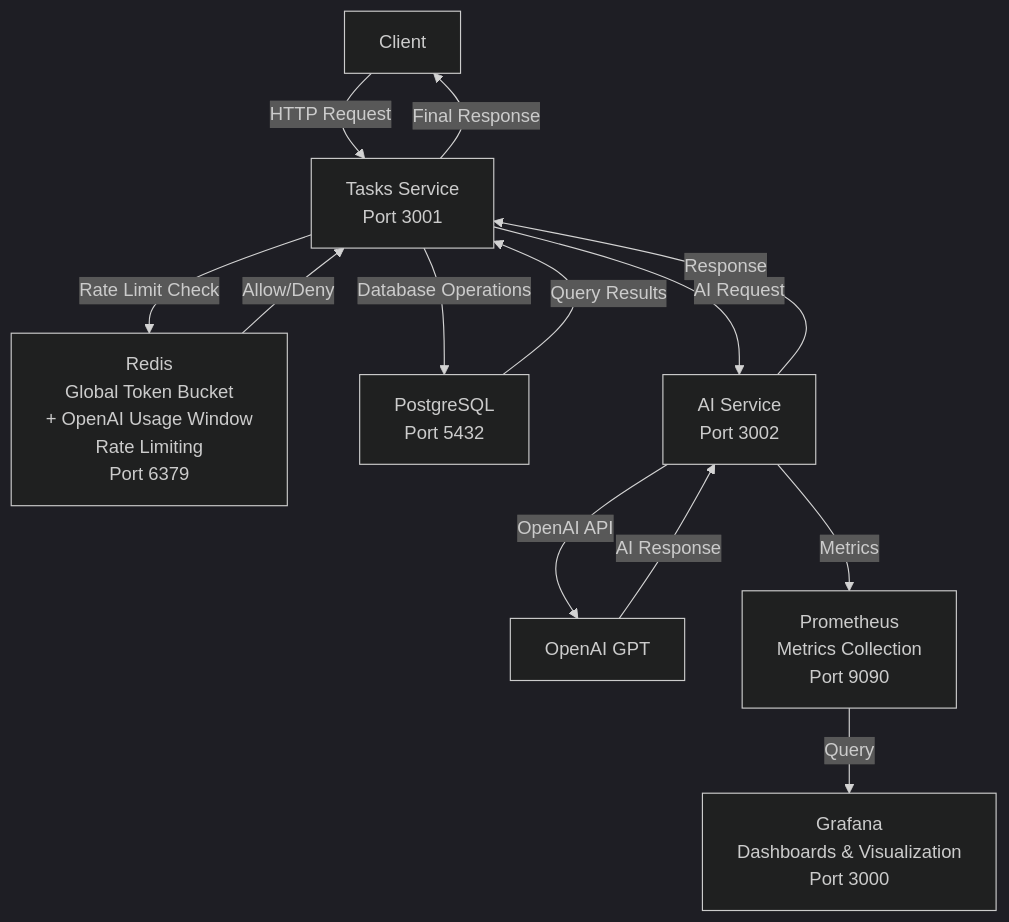
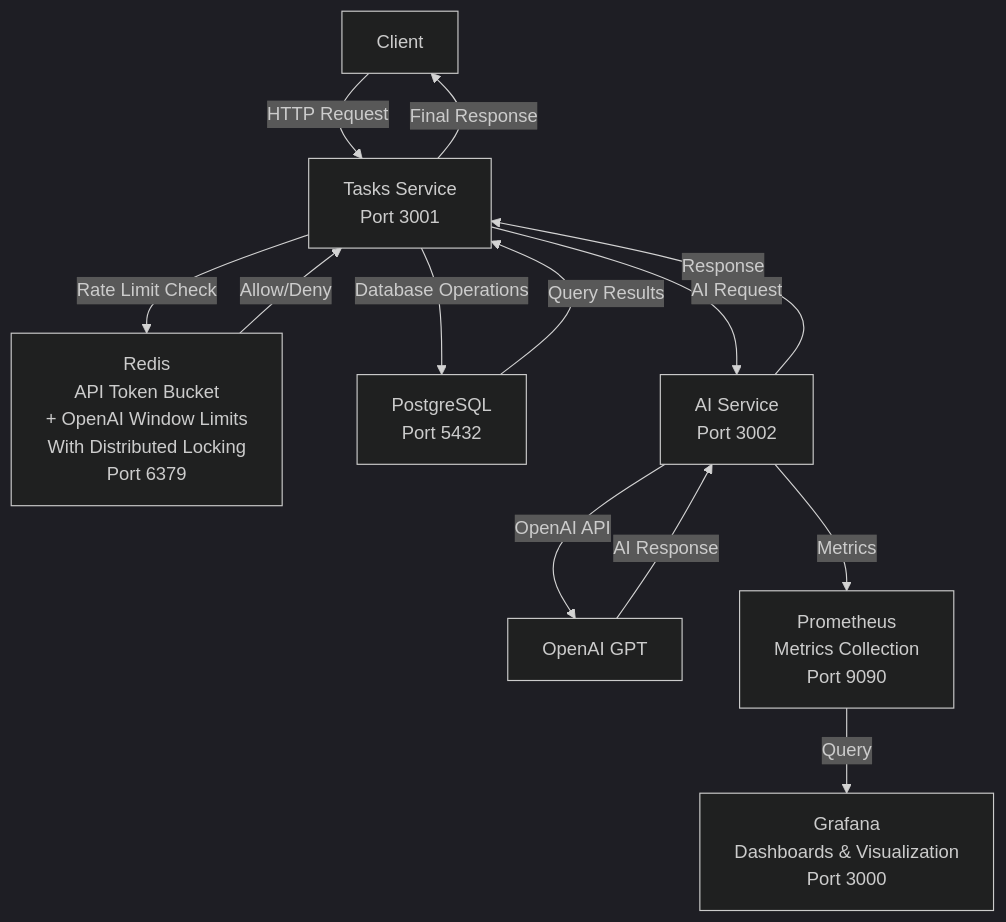
One commit to itayg43/ai-task-assistant changed the first of 2 diagrams in README.md. Above: the diagram before and after it, drawn with Mermaid (dark theme). The commit also changed other lines of this file and 38 other files, not shown here.

````diff
--- a/README.md
+++ b/README.md
@@ -9,20 +9,20 @@
 ```mermaid
 graph TB
     Client[Client] -->|HTTP Request| Tasks[Tasks Service<br/>Port 3001]
 
-    Tasks -->|Rate Limit Check| Redis[Redis<br/>Global Token Bucket<br/>+ OpenAI Usage Window<br/>Rate Limiting<br/>Port 6379]
+    Tasks -->|Rate Limit Check | Redis[Redis<br/>API Token Bucket<br/>+ OpenAI Window Limits<br/>With Distributed Locking<br/>Port 6379]
     Redis -->|Allow/Deny| Tasks
 
     Tasks -->|Database Operations| Postgres[PostgreSQL<br/>Port 5432]
     Postgres -->|Query Results| Tasks
 
     Tasks -->|AI Request| AI[AI Service<br/>Port 3002]
     AI -->|OpenAI API| OpenAI[OpenAI GPT]
     OpenAI -->|AI Response| AI
     AI -->|Response| Tasks
 
     AI -->|Metrics| Prometheus[Prometheus<br/>Metrics Collection<br/>Port 9090]
     Prometheus -->|Query| Grafana[Grafana<br/>Dashboards & Visualization<br/>Port 3000]
 
     Tasks -->|Final Response| Client
 ```
````
